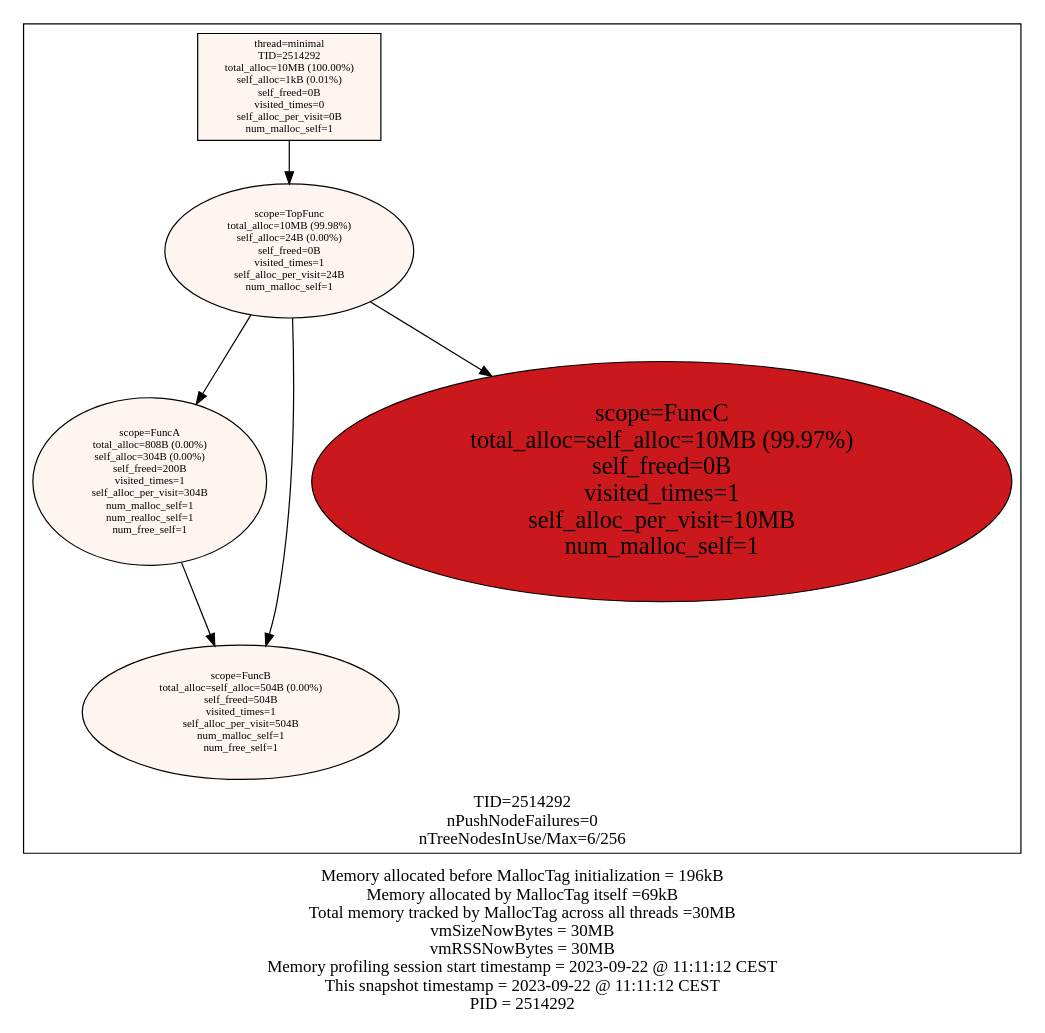
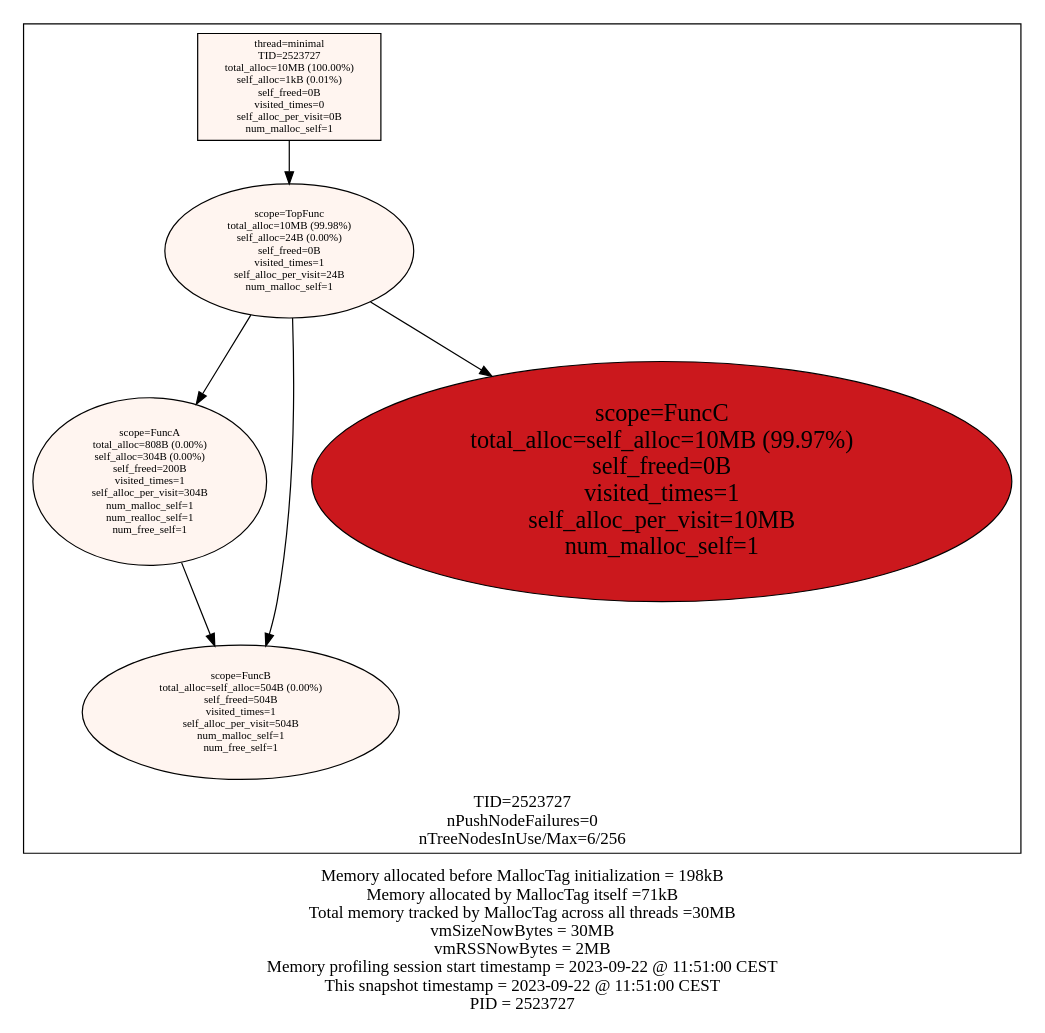
Before and after one commit to f18m/malloc-tag: the diagram in examples/minimal/minimal_stats.dot, drawn with Graphviz. The commit also changed 8 other files, not shown here.

```diff
--- a/examples/minimal/minimal_stats.dot
+++ b/examples/minimal/minimal_stats.dot
@@ -1,22 +1,22 @@
 digraph MallocTree {
  node [colorscheme=reds9 style=filled]
- subgraph cluster_TID2514292 {
+ subgraph cluster_TID2523727 {
   node [colorscheme=reds9 style=filled]
   labelloc="b"
-  label="TID=2514292\nnPushNodeFailures=0\nnTreeNodesInUse/Max=6/256\n"
-  "2514292_minimal" [label="thread=minimal\nTID=2514292\ntotal_alloc=10MB (100.00%)\nself_alloc=1kB (0.01%)\nself_freed=0B\nvisited_times=0\nself_alloc_per_visit=0B\nnum_malloc_self=1" shape=box fillcolor=1 fontsize=9]
-  "2514292_minimal" -> "2514292_TopFunc"
-  "2514292_TopFunc" [label="scope=TopFunc\ntotal_alloc=10MB (99.98%)\nself_alloc=24B (0.00%)\nself_freed=0B\nvisited_times=1\nself_alloc_per_visit=24B\nnum_malloc_self=1" fillcolor=1 fontsize=9]
-  "2514292_TopFunc" -> "2514292_FuncA"
-  "2514292_TopFunc" -> "2514292_FuncB"
-  "2514292_TopFunc" -> "2514292_FuncC"
-  "2514292_FuncA" [label="scope=FuncA\ntotal_alloc=808B (0.00%)\nself_alloc=304B (0.00%)\nself_freed=200B\nvisited_times=1\nself_alloc_per_visit=304B\nnum_malloc_self=1\nnum_realloc_self=1\nnum_free_self=1" fillcolor=1 fontsize=9]
-  "2514292_FuncA" -> "2514292_FuncB"
-  "2514292_FuncB" [label="scope=FuncB\ntotal_alloc=self_alloc=504B (0.00%)\nself_freed=504B\nvisited_times=1\nself_alloc_per_visit=504B\nnum_malloc_self=1\nnum_free_self=1" fillcolor=1 fontsize=9]
-  "2514292_FuncB" [label="scope=FuncB\ntotal_alloc=self_alloc=504B (0.00%)\nself_freed=504B\nvisited_times=1\nself_alloc_per_visit=504B\nnum_malloc_self=1\nnum_free_self=1" fillcolor=1 fontsize=9]
-  "2514292_FuncC" [label="scope=FuncC\ntotal_alloc=self_alloc=10MB (99.97%)\nself_freed=0B\nvisited_times=1\nself_alloc_per_visit=10MB\nnum_malloc_self=1" fillcolor=7 fontsize=20]
+  label="TID=2523727\nnPushNodeFailures=0\nnTreeNodesInUse/Max=6/256\n"
+  "2523727_minimal" [label="thread=minimal\nTID=2523727\ntotal_alloc=10MB (100.00%)\nself_alloc=1kB (0.01%)\nself_freed=0B\nvisited_times=0\nself_alloc_per_visit=0B\nnum_malloc_self=1" shape=box fillcolor=1 fontsize=9]
+  "2523727_minimal" -> "2523727_TopFunc"
+  "2523727_TopFunc" [label="scope=TopFunc\ntotal_alloc=10MB (99.98%)\nself_alloc=24B (0.00%)\nself_freed=0B\nvisited_times=1\nself_alloc_per_visit=24B\nnum_malloc_self=1" fillcolor=1 fontsize=9]
+  "2523727_TopFunc" -> "2523727_FuncA"
+  "2523727_TopFunc" -> "2523727_FuncB"
+  "2523727_TopFunc" -> "2523727_FuncC"
+  "2523727_FuncA" [label="scope=FuncA\ntotal_alloc=808B (0.00%)\nself_alloc=304B (0.00%)\nself_freed=200B\nvisited_times=1\nself_alloc_per_visit=304B\nnum_malloc_self=1\nnum_realloc_self=1\nnum_free_self=1" fillcolor=1 fontsize=9]
+  "2523727_FuncA" -> "2523727_FuncB"
+  "2523727_FuncB" [label="scope=FuncB\ntotal_alloc=self_alloc=504B (0.00%)\nself_freed=504B\nvisited_times=1\nself_alloc_per_visit=504B\nnum_malloc_self=1\nnum_free_self=1" fillcolor=1 fontsize=9]
+  "2523727_FuncB" [label="scope=FuncB\ntotal_alloc=self_alloc=504B (0.00%)\nself_freed=504B\nvisited_times=1\nself_alloc_per_visit=504B\nnum_malloc_self=1\nnum_free_self=1" fillcolor=1 fontsize=9]
+  "2523727_FuncC" [label="scope=FuncC\ntotal_alloc=self_alloc=10MB (99.97%)\nself_freed=0B\nvisited_times=1\nself_alloc_per_visit=10MB\nnum_malloc_self=1" fillcolor=7 fontsize=20]
  }
 
  labelloc="b"
- label="Memory allocated before MallocTag initialization = 196kB\nMemory allocated by MallocTag itself =69kB\nTotal memory tracked by MallocTag across all threads =30MB\nvmSizeNowBytes = 30MB\nvmRSSNowBytes = 30MB\nMemory profiling session start timestamp = 2023-09-22 @ 11:11:12 CEST\nThis snapshot timestamp = 2023-09-22 @ 11:11:12 CEST\nPID = 2514292\n"
+ label="Memory allocated before MallocTag initialization = 198kB\nMemory allocated by MallocTag itself =71kB\nTotal memory tracked by MallocTag across all threads =30MB\nvmSizeNowBytes = 30MB\nvmRSSNowBytes = 2MB\nMemory profiling session start timestamp = 2023-09-22 @ 11:51:00 CEST\nThis snapshot timestamp = 2023-09-22 @ 11:51:00 CEST\nPID = 2523727\n"
 }
```
